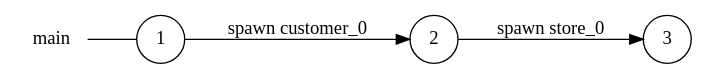
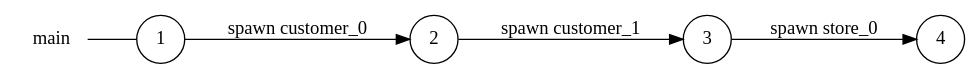
Before and after one commit to gabrielegenovese/chorer: the diagram in examples/customer/main_local_view.dot, drawn with Graphviz. The commit also changed 24 other files, not shown here.

```diff
--- a/examples/customer/main_local_view.dot
+++ b/examples/customer/main_local_view.dot
@@ -1,11 +1,13 @@
 digraph main {
 	rankdir="LR";
 	n_0 [label="main", shape="plaintext"];
 	n_1 [id="1", shape=circle, label="1"];
 	n_0 -> n_1 [arrowhead=none];
 	n_2 [id="2", shape=circle, label="2"];
-	n_3 [id="3", shape=circle, label="3"];
+	n_3 [id="4", shape=circle, label="4"];
+	n_4 [id="3", shape=circle, label="3"];
 
-	n_2 -> n_3 [id="[$e|1]", label="spawn store_0"];
+	n_2 -> n_4 [id="[$e|1]", label="spawn customer_1"];
+	n_4 -> n_3 [id="[$e|2]", label="spawn store_0"];
 	n_1 -> n_2 [id="[$e|0]", label="spawn customer_0"];
 }
```
